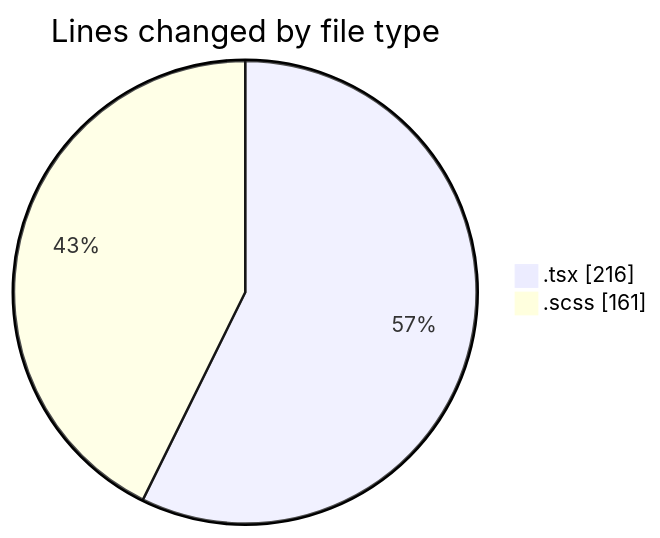
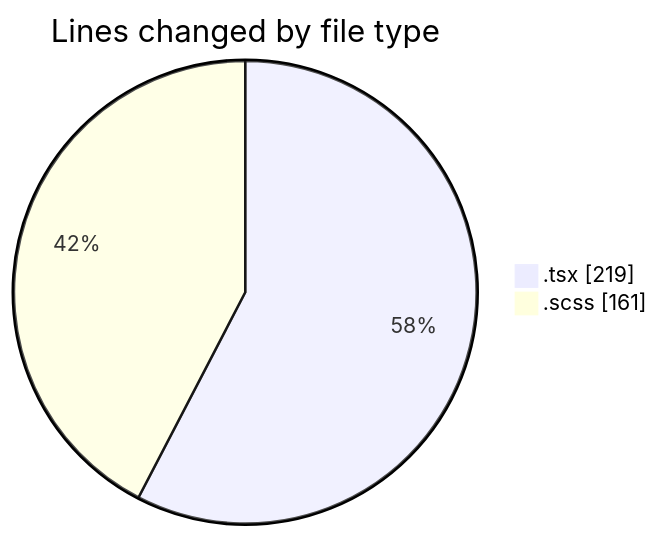
The first of 2 diagrams in 2025-09-16/cda/README.md (momahboobian/code-tracking), drawn with Mermaid before and after one commit. The commit also changed other lines of this file and 1 other file, not shown here.

````diff
--- a/2025-09-16/cda/README.md
+++ b/2025-09-16/cda/README.md
@@ -22,6 +22,6 @@
 ```mermaid
 pie showData
 title Lines changed by file type
-".tsx" : 216
+".tsx" : 219
 ".scss" : 161
 ```
````
